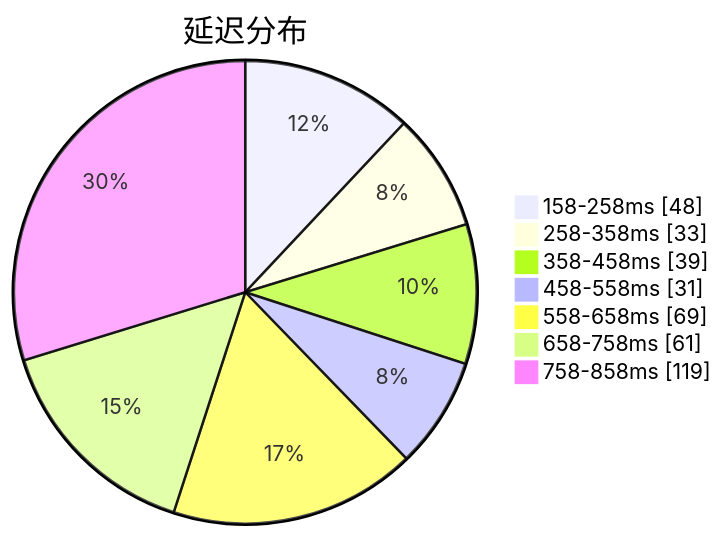
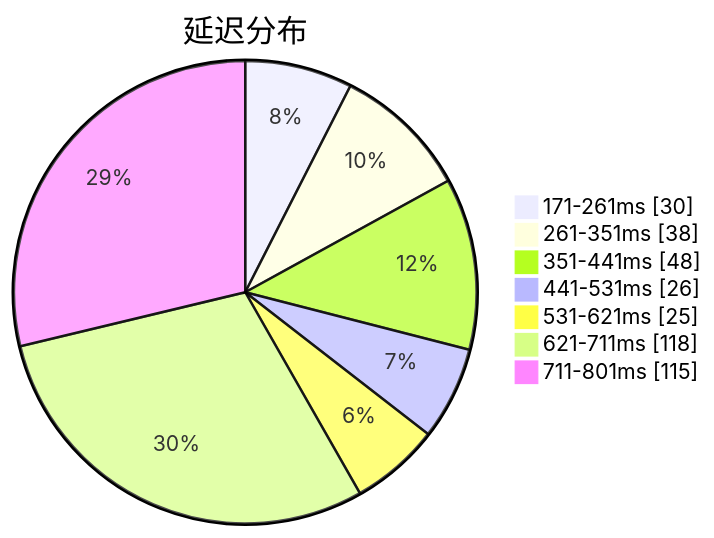
Before and after one commit to qjlxg/airport: the first of 3 diagrams in subs/statistics/tested_within.md, drawn with Mermaid. The commit also changed other lines of this file and 2 other files, not shown here.

Commit message:
Tested by metaST

````diff
--- a/subs/statistics/tested_within.md
+++ b/subs/statistics/tested_within.md
@@ -2,11 +2,11 @@
 ```mermaid
 pie showData
 title 延迟分布
-"158-258ms" : 48
-"258-358ms" : 33
-"358-458ms" : 39
-"458-558ms" : 31
-"558-658ms" : 69
-"658-758ms" : 61
-"758-858ms" : 119
+"171-261ms" : 30
+"261-351ms" : 38
+"351-441ms" : 48
+"441-531ms" : 26
+"531-621ms" : 25
+"621-711ms" : 118
+"711-801ms" : 115
 ```
````
